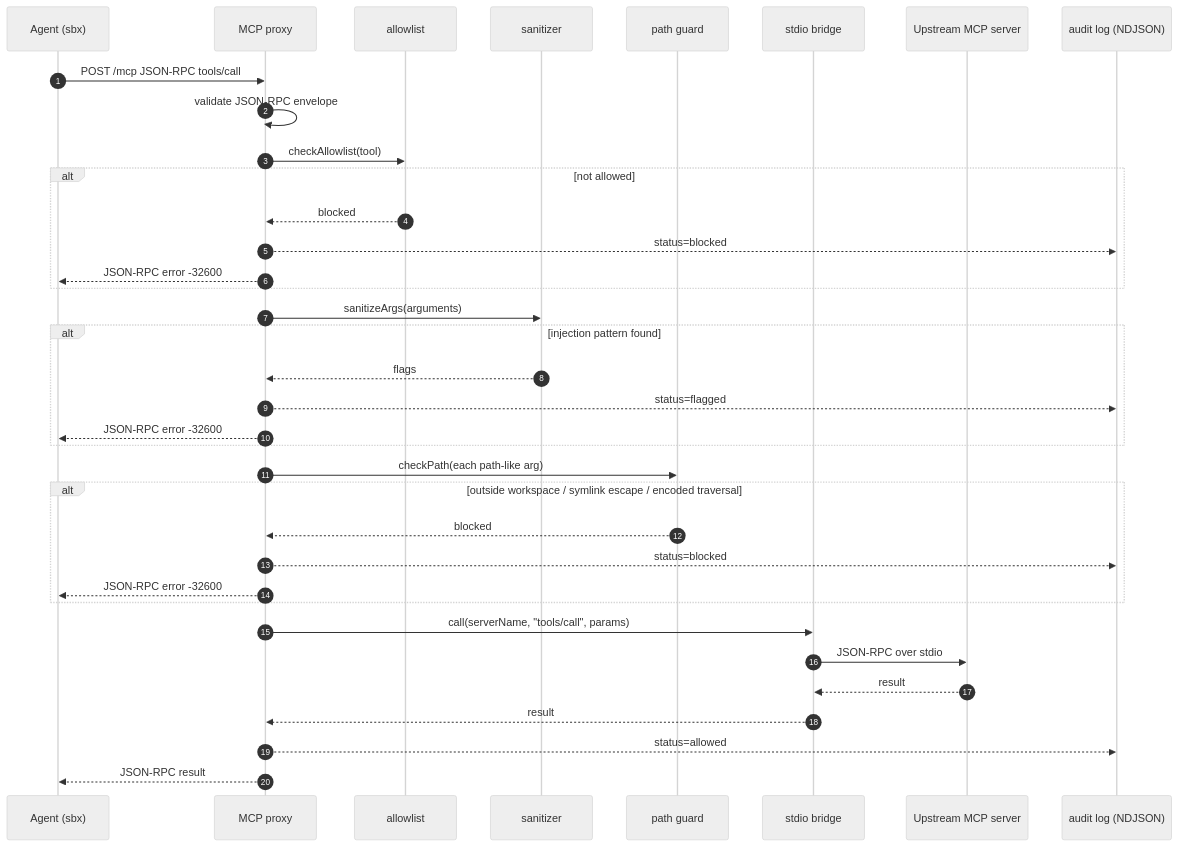
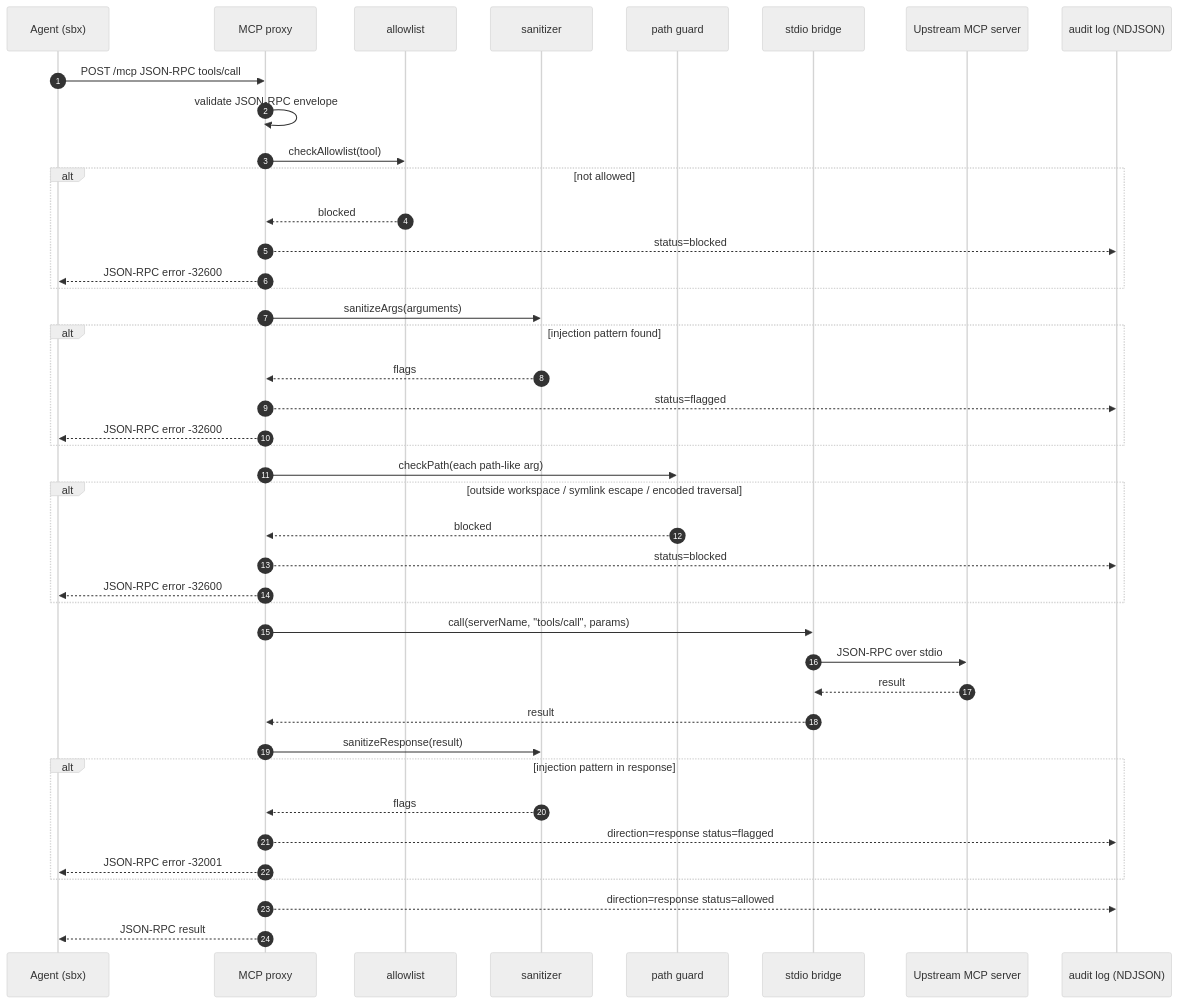
Before and after one commit to zickgraf-ai/agentic-press: the second of 2 diagrams in docs/architecture.md, drawn with Mermaid (neutral theme). The commit also changed other lines of this file and 7 other files, not shown here.

````diff
--- a/docs/architecture.md
+++ b/docs/architecture.md
@@ -45,39 +45,45 @@
 ```mermaid
 sequenceDiagram
   autonumber
   participant Agent as Agent (sbx)
   participant Proxy as MCP proxy
   participant Allow as allowlist
   participant San as sanitizer
   participant Path as path guard
   participant Bridge as stdio bridge
   participant Server as Upstream MCP server
   participant Audit as audit log (NDJSON)
 
   Agent->>Proxy: POST /mcp JSON-RPC tools/call
   Proxy->>Proxy: validate JSON-RPC envelope
   Proxy->>Allow: checkAllowlist(tool)
   alt not allowed
     Allow-->>Proxy: blocked
     Proxy-->>Audit: status=blocked
     Proxy-->>Agent: JSON-RPC error -32600
   end
   Proxy->>San: sanitizeArgs(arguments)
   alt injection pattern found
     San-->>Proxy: flags
     Proxy-->>Audit: status=flagged
     Proxy-->>Agent: JSON-RPC error -32600
   end
   Proxy->>Path: checkPath(each path-like arg)
   alt outside workspace / symlink escape / encoded traversal
     Path-->>Proxy: blocked
     Proxy-->>Audit: status=blocked
     Proxy-->>Agent: JSON-RPC error -32600
   end
   Proxy->>Bridge: call(serverName, "tools/call", params)
   Bridge->>Server: JSON-RPC over stdio
   Server-->>Bridge: result
   Bridge-->>Proxy: result
-  Proxy-->>Audit: status=allowed
+  Proxy->>San: sanitizeResponse(result)
+  alt injection pattern in response
+    San-->>Proxy: flags
+    Proxy-->>Audit: direction=response status=flagged
+    Proxy-->>Agent: JSON-RPC error -32001
+  end
+  Proxy-->>Audit: direction=response status=allowed
   Proxy-->>Agent: JSON-RPC result
 ```
````
